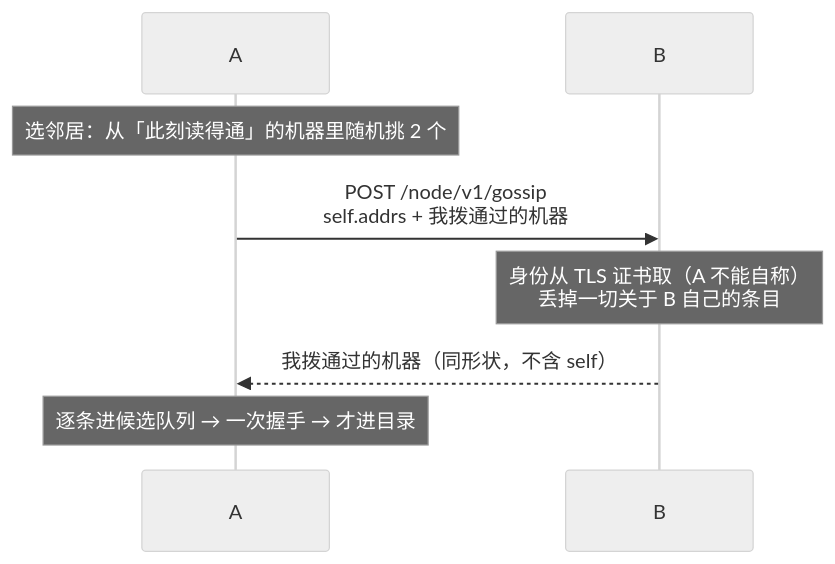
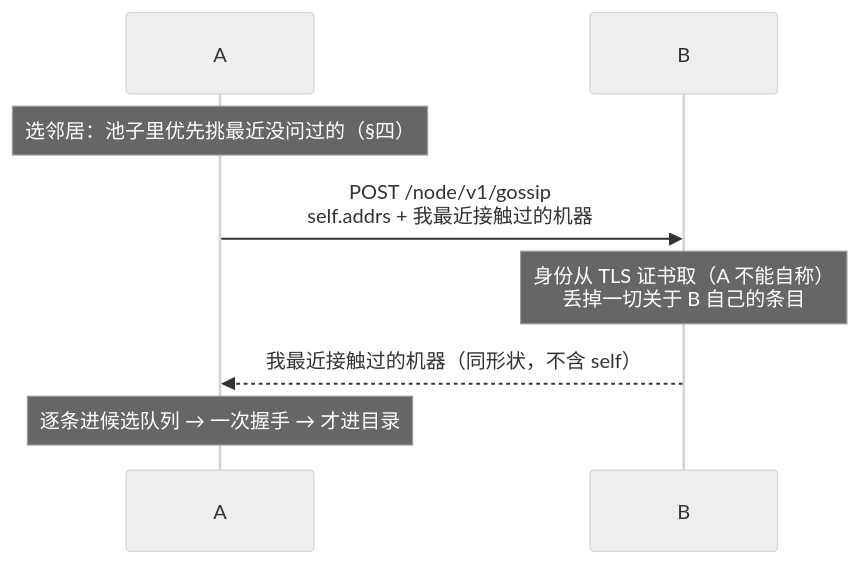
Before and after one commit to monsterxx03/tachi: the second of 3 diagrams in docs/2026-10-15-a2a-gossip-design.md, drawn with Mermaid (neutral theme). The commit also changed other lines of this file, not shown here.

Commit message:
doc(a2a): gossip 方案补稳态、邻居挑选与生命周期

````diff
--- a/docs/2026-10-15-a2a-gossip-design.md
+++ b/docs/2026-10-15-a2a-gossip-design.md
@@ -23,10 +64,10 @@
 ```mermaid
 sequenceDiagram
     participant A as A
     participant B as B
-    Note over A: 选邻居：从「此刻读得通」的机器里随机挑 2 个
-    A->>B: POST /node/v1/gossip<br/>self.addrs + 我拨通过的机器
+    Note over A: 选邻居：池子里优先挑最近没问过的（§四）
+    A->>B: POST /node/v1/gossip<br/>self.addrs + 我最近接触过的机器
     Note over B: 身份从 TLS 证书取（A 不能自称）<br/>丢掉一切关于 B 自己的条目
-    B-->>A: 我拨通过的机器（同形状，不含 self）
+    B-->>A: 我最近接触过的机器（同形状，不含 self）
     Note over A: 逐条进候选队列 → 一次握手 → 才进目录
 ```
````
